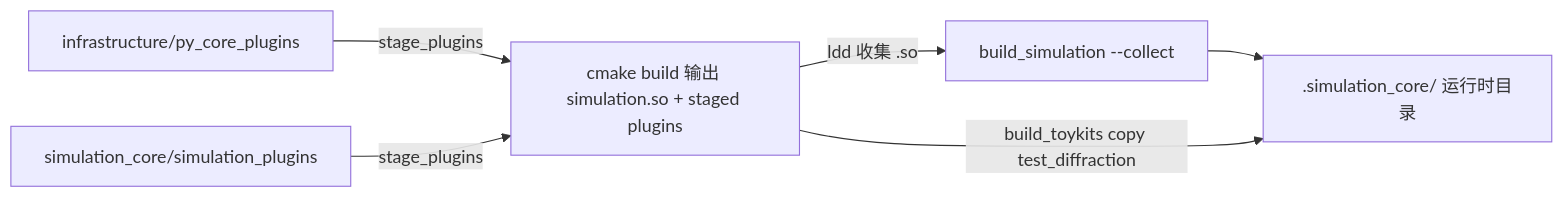
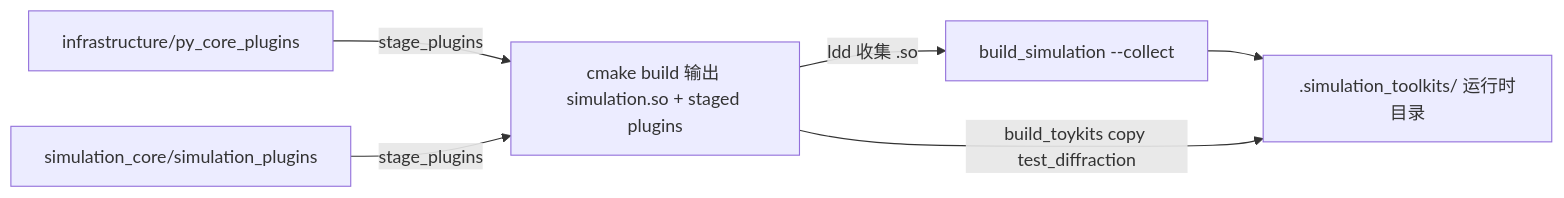
Before and after one commit to likooooo/simulation_toykits: the second of 4 diagrams in scripts/simulation_toykits_deploy.md, drawn with Mermaid. The commit also changed other lines of this file and 66 other files, not shown here.

````diff
--- a/scripts/simulation_toykits_deploy.md
+++ b/scripts/simulation_toykits_deploy.md
@@ -63,14 +63,14 @@
 ```mermaid
 flowchart LR
   InfraPCP[infrastructure/py_core_plugins]
   SimPlugSrc[simulation_core/simulation_plugins]
   CmakeBuild[cmake build 输出 simulation.so + staged plugins]
   Collect[build_simulation --collect]
-  Runtime[".simulation_core/ 运行时目录"]
+  Runtime[".simulation_toolkits/ 运行时目录"]
 
   InfraPCP -->|stage_plugins| CmakeBuild
   SimPlugSrc -->|stage_plugins| CmakeBuild
   CmakeBuild -->|ldd 收集 .so| Collect
   Collect --> Runtime
   CmakeBuild -->|build_toykits copy test_diffraction| Runtime
 ```
````
